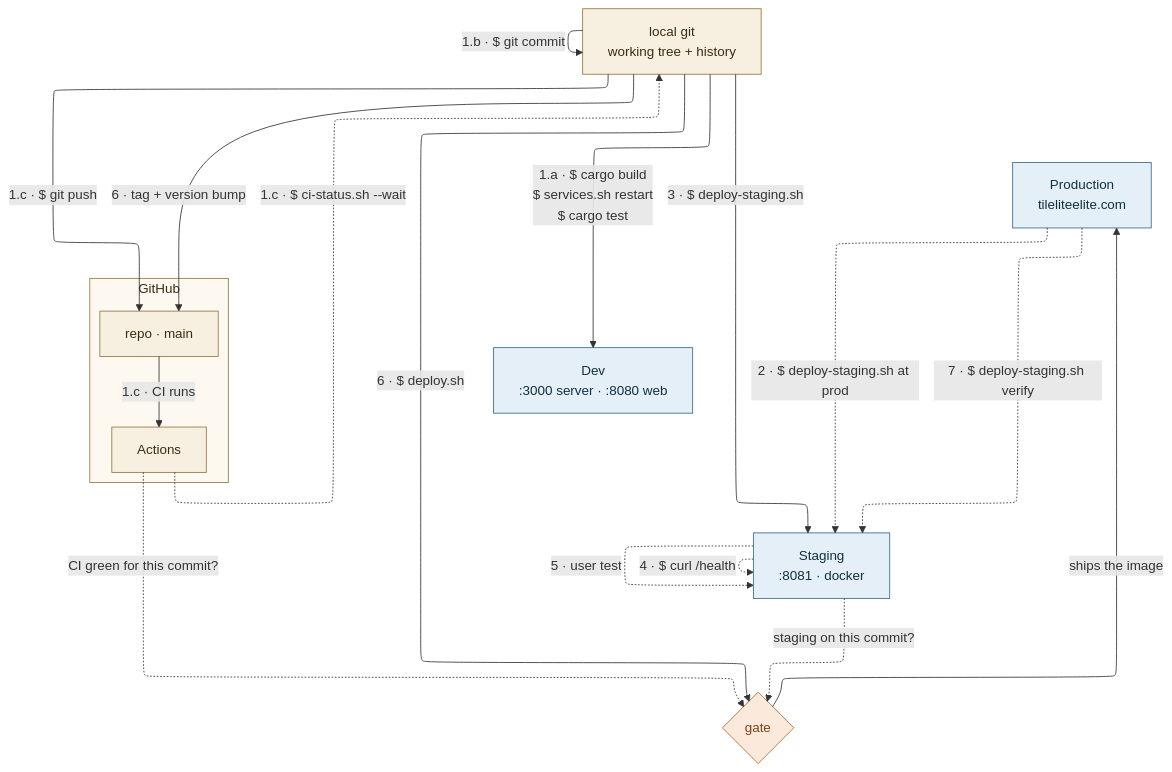
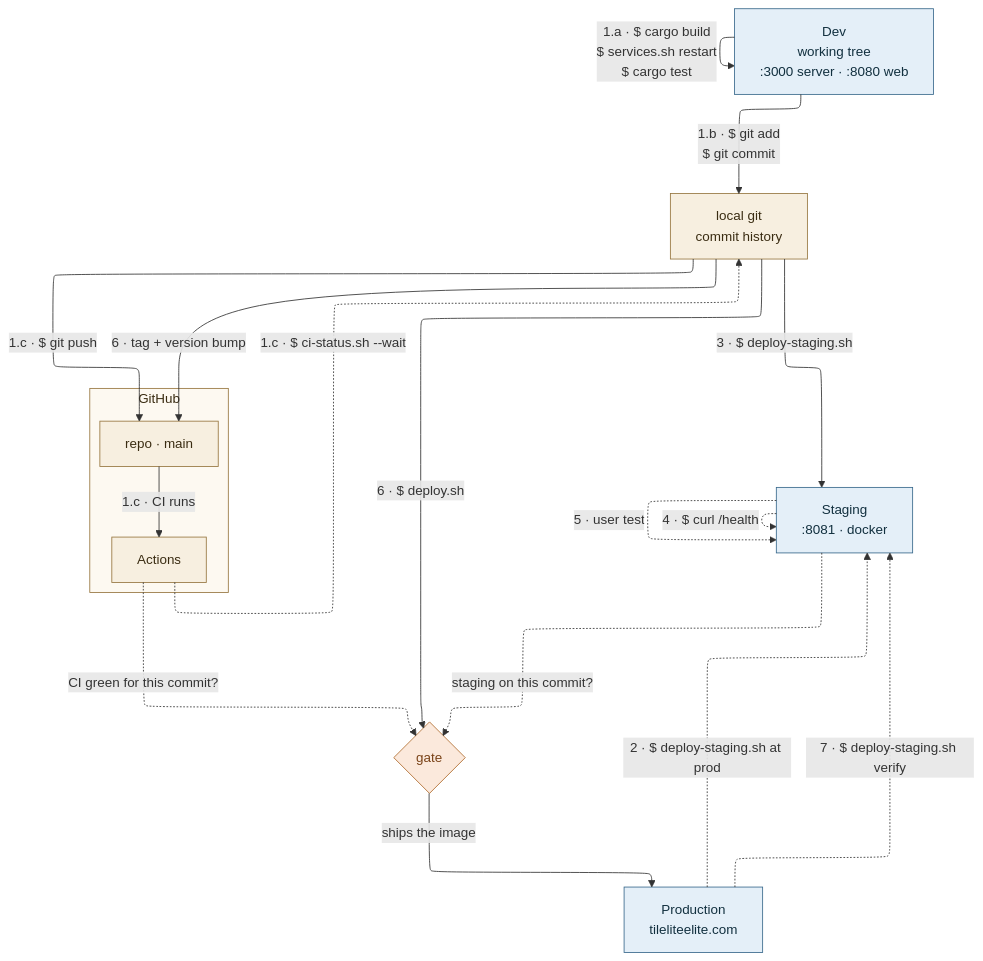
Before and after one commit to SteveStyle/scrabble-px: the diagram in docs/diagrams/release-flow.mmd, drawn with Mermaid. The commit also changed 2 other files, not shown here.

Commit message:
app 0.4.14 api 2.6: commit flows out of Dev, and Production sits last
The working tree belongs to Dev, not to local git — that is where the code
is edited and run. So `git add` / `git commit` is a flow of code *out of*
Dev into the commit history, and building and testing act on Dev's own
files and loop back on themselves. The previous version had these the other
way round, which made the commit arrow disappear into a self-loop and
implied source flowed out of git into a running environment.

That reordering floated Production up beside Staging, leaving "ships the
image" pointing upward. Pinning Production after Staging with an invisible
link puts the environments in descending order and the deploy flow
downward through the gate — which also removes the blemish the last commit
recorded as knowingly kept.

```diff
--- a/docs/diagrams/release-flow.mmd
+++ b/docs/diagrams/release-flow.mmd
@@ -1,57 +1,61 @@
 ---
 config:
   layout: elk
   elk:
     nodePlacementStrategy: BRANDES_KOEPF
 ---
 flowchart TB
     %% Line language, applied consistently:
     %%   -->    code moves, in the direction it moves
     %%   -.->   an answer comes back — a query, nothing shipped
     %%   {  }   a decision on an action arrow — the action stops here and
     %%          is tested before it continues. Checks feed into it.
     %% .
     %% .
     %% The gate is a decision on the *action*, not a property of production:
     %% it happens inside deploy.sh, before anything ships, and the two
     %% checks are inputs to it. Drawing it as arrows into Production implied
     %% a relationship between Actions and Production that does not exist.
     %% .
     %% No linkStyle anywhere: the shapes carry the meaning. Edge indices
     %% silently pointed at the wrong arrows four times when they did.
-    DEV["Dev<br/>:3000 server · :8080 web"]
+    DEV["Dev<br/>working tree<br/>:3000 server · :8080 web"]
     STG["Staging<br/>:8081 · docker"]
     PROD["Production<br/>tileliteelite.com"]
-    LG["local git<br/>working tree + history"]
+    LG["local git<br/>commit history"]
     subgraph GH["GitHub"]
         REPO["repo · main"]
         ACT["Actions"]
     end
 
 
     DEV ~~~ STG
     STG ~~~ GATE
+    %% Without this, ELK floats Production up beside Staging and "ships the
+    %% image" points upward. Pinning it after Staging puts the environments
+    %% in descending order and the deploy flow downward through the gate.
+    STG ~~~ PROD
 
-    LG -->|"1.a · $ cargo build<br/>$ services.sh restart<br/>$ cargo test"| DEV
-    LG -->|"1.b · $ git commit"| LG
+    DEV -->|"1.a · $ cargo build<br/>$ services.sh restart<br/>$ cargo test"| DEV
+    DEV -->|"1.b · $ git add<br/>$ git commit"| LG
     LG -->|"1.c · $ git push"| REPO
     REPO -->|"1.c · CI runs"| ACT
     ACT -.->|"1.c · $ ci-status.sh --wait"| LG
     PROD -.->|"2 · $ deploy-staging.sh at prod"| STG
     LG -->|"3 · $ deploy-staging.sh"| STG
     STG -.->|"4 · $ curl /health"| STG
     STG -.->|"5 · user test"| STG
     LG -->|"6 · $ deploy.sh"| GATE{"gate"}
     GATE -->|"ships the image"| PROD
     ACT -.->|"CI green for this commit?"| GATE
     STG -.->|"staging on this commit?"| GATE
     LG -->|"6 · tag + version bump"| REPO
     PROD -.->|"7 · $ deploy-staging.sh verify"| STG
 
     classDef gate fill:#fbe9dc,stroke:#b06a2c,color:#7a4318
     classDef env fill:#e4eff8,stroke:#39698c,color:#12303f
     classDef repo fill:#f7efe0,stroke:#96763f,color:#3a2c12
     class DEV,STG,PROD env
     class LG,REPO,ACT repo
     class GATE gate
     style GH fill:#fdf9f1,stroke:#96763f,color:#3a2c12
```
